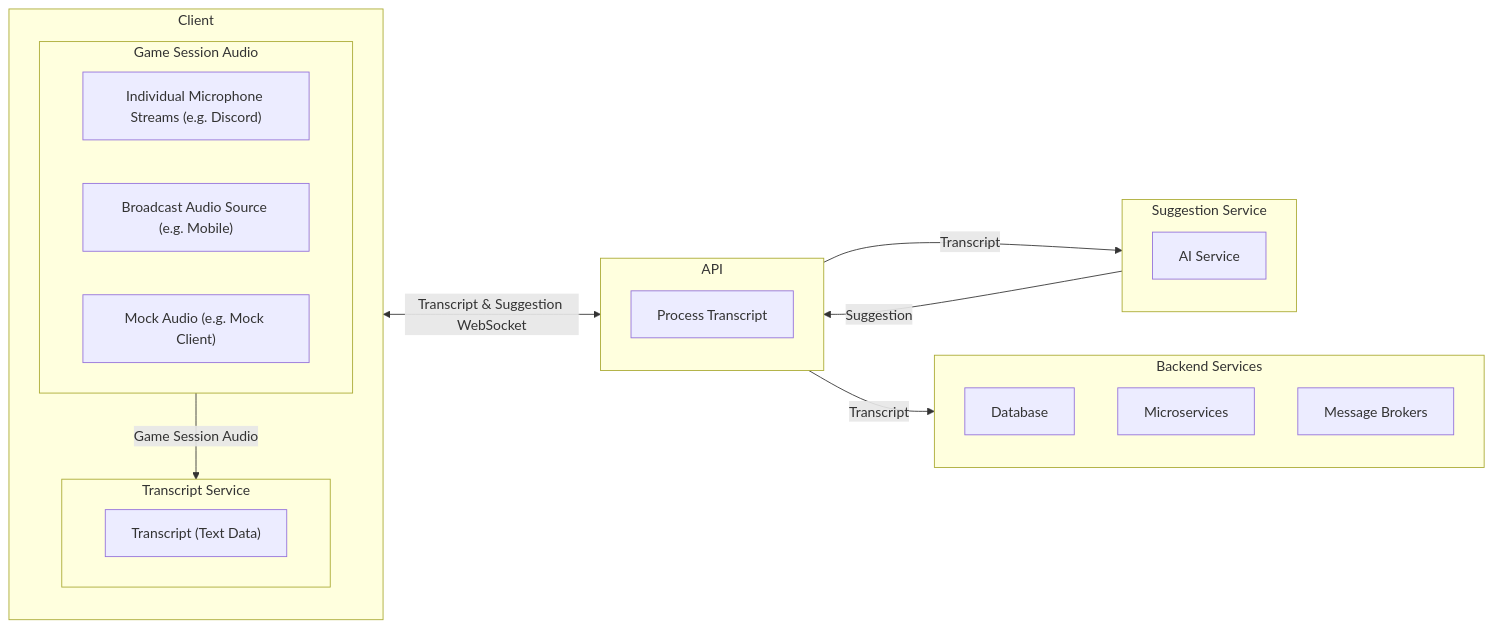
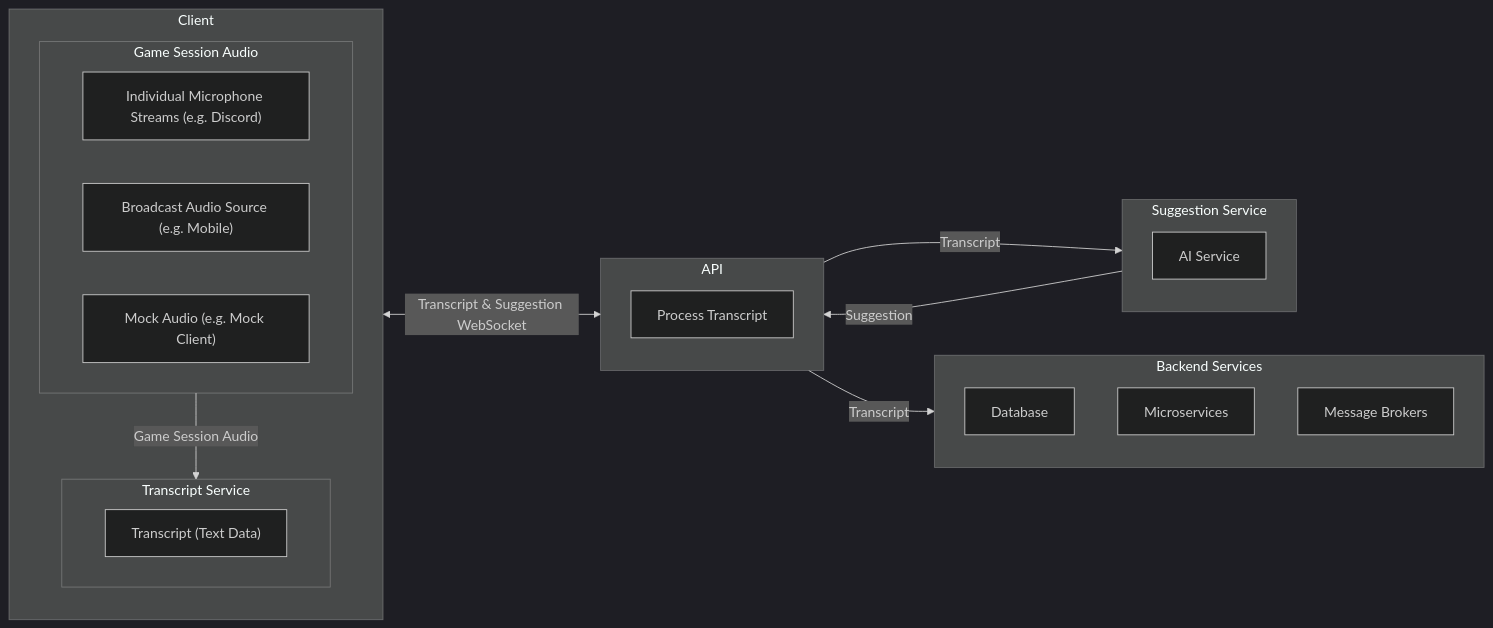
Before and after one commit to illMadeCoder/poc_co_gm: the diagram in README.md, drawn with Mermaid. The commit also changed other lines of this file, not shown here.

````diff
--- a/README.md
+++ b/README.md
@@ -52,37 +54,38 @@
 ```mermaid
+%%{ init: {"theme": "dark", "themeVariables": { "primaryColor": "#ff0000" }} }%%
 flowchart LR
     subgraph Backend ["Backend Services"]
         direction TB
         Backend1["Database"]
         Backend2["Microservices"]
         Backend3["Message Brokers"]
     end
 
     subgraph API ["API"]
         direction TB
         API1["Process Transcript"]
     end
 
     subgraph Suggestion ["Suggestion Service"]
         direction TB
         Suggestion1["AI Service"]
     end
 
     subgraph Client ["Client"]
         direction TB
             subgraph Transcript["Transcript Service"]
             Transcript1["Transcript (Text Data)"]
         end
         subgraph Audio["Game Session Audio"]
             Audio1["Individual Microphone Streams (e.g. Discord)"]
             Audio2["Broadcast Audio Source (e.g. Mobile)"]
             Audio3["Mock Audio (e.g. Mock Client)"]
         end
     end
     
     Audio -->|Game Session Audio| Transcript
     Client <-->|Transcript & Suggestion WebSocket| API
     API --> |Transcript| Suggestion
     Suggestion --> |Suggestion| API
     API --> |Transcript| Backend
 ```
````
